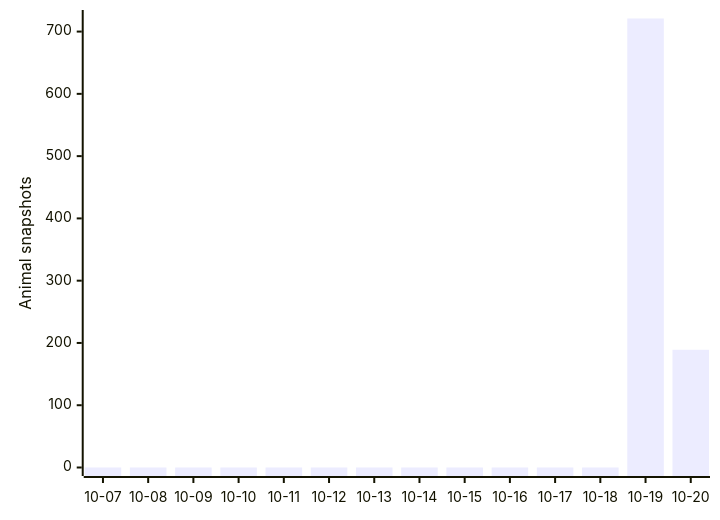
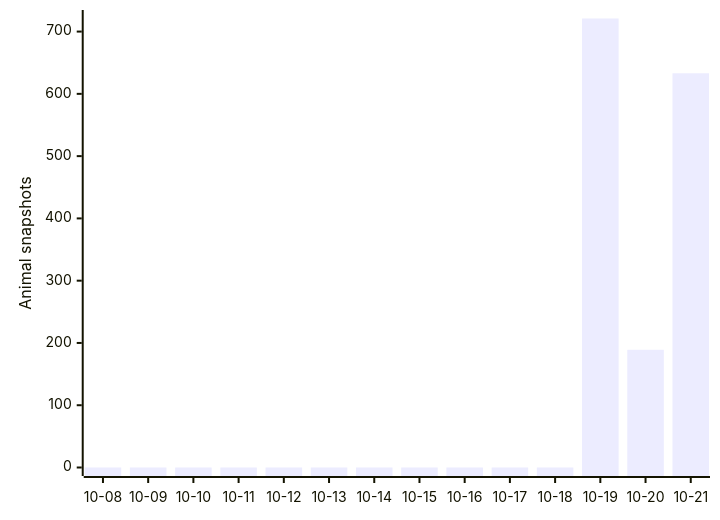
One commit to joshuafrommeyer-35/PierTracker changed the first of 3 diagrams in README.md. Above: the diagram before and after it, drawn with Mermaid. The commit also changed other lines of this file and 7 other files, not shown here.

````diff
--- a/README.md
+++ b/README.md
@@ -137,6 +137,6 @@
 ```mermaid
 xychart-beta
-    x-axis ["10-07", "10-08", "10-09", "10-10", "10-11", "10-12", "10-13", "10-14", "10-15", "10-16", "10-17", "10-18", "10-19", "10-20"]
+    x-axis ["10-08", "10-09", "10-10", "10-11", "10-12", "10-13", "10-14", "10-15", "10-16", "10-17", "10-18", "10-19", "10-20", "10-21"]
     y-axis "Animal snapshots"
-    bar [0, 0, 0, 0, 0, 0, 0, 0, 0, 0, 0, 0, 721, 189]
+    bar [0, 0, 0, 0, 0, 0, 0, 0, 0, 0, 0, 721, 189, 633]
 ```
````
